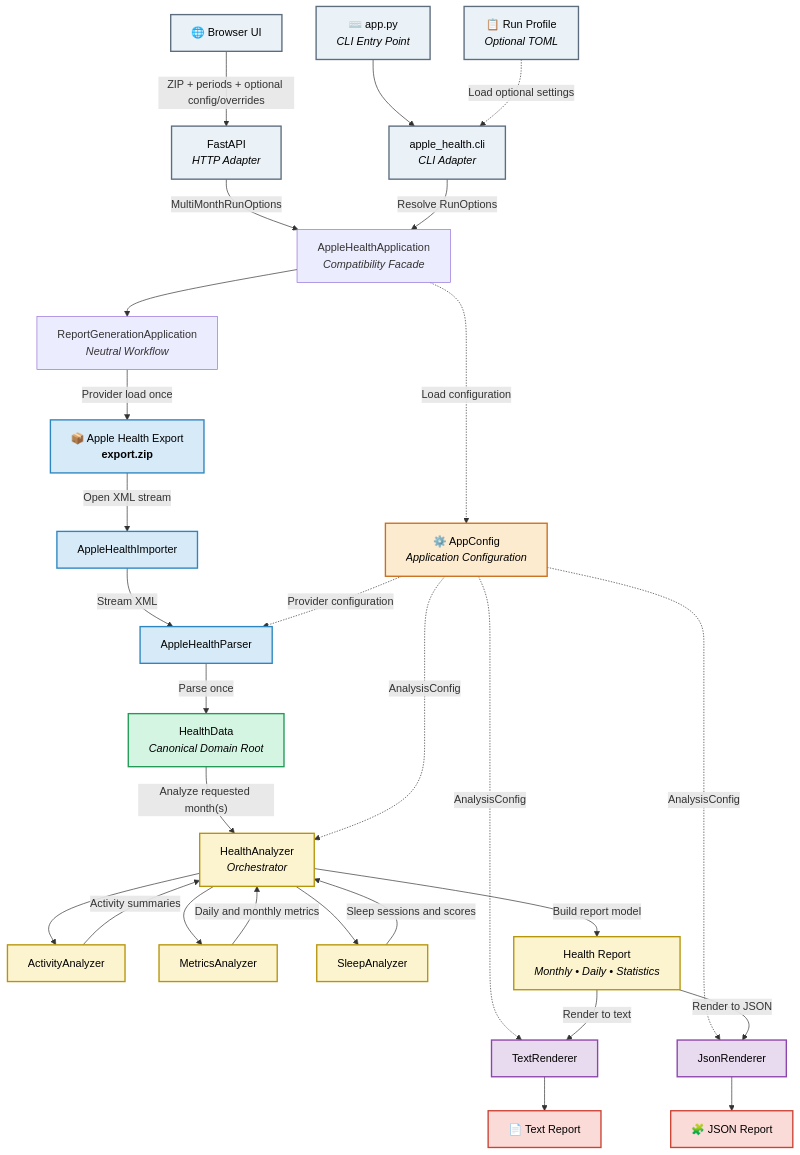
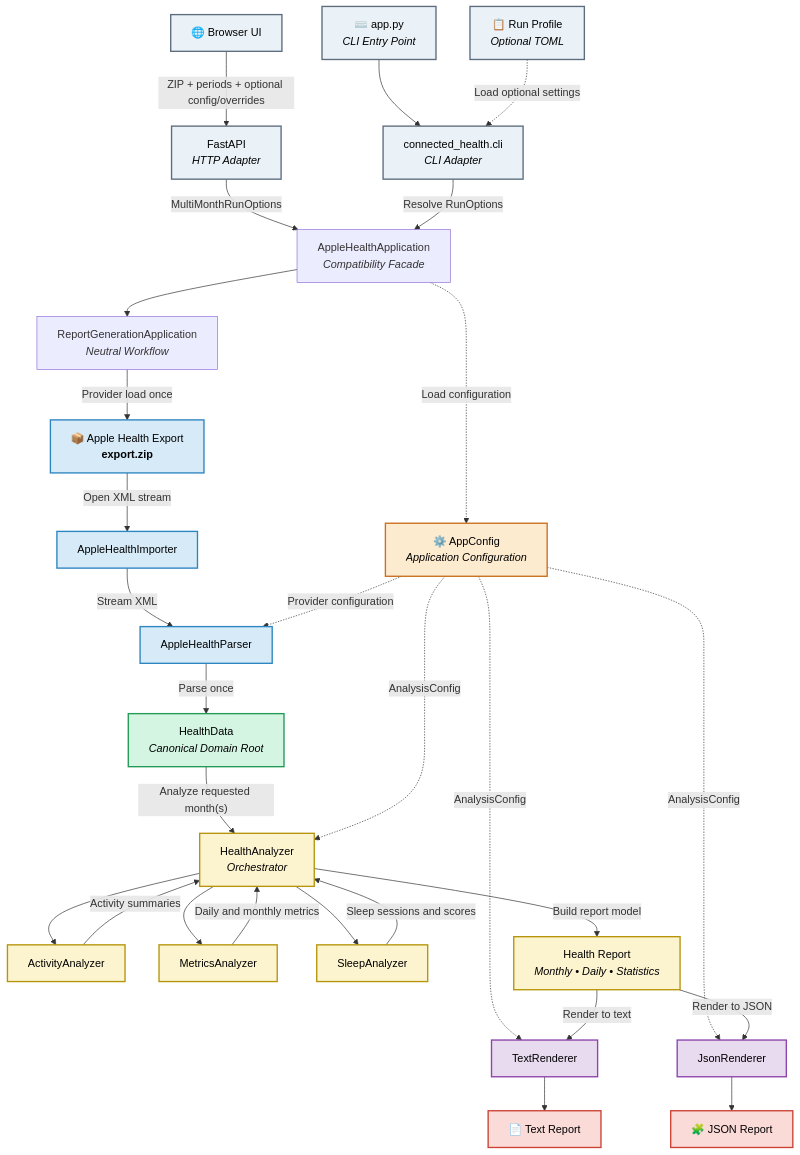
The first of 4 diagrams in README.md (MateuszMocarski/AppleHealthMonitorAnalyzer), drawn with Mermaid before and after one commit. The commit also changed other lines of this file and 151 other files, not shown here.

Commit message:
PRE6.2-02 Rename root namespace to connected_health

````diff
--- a/README.md
+++ b/README.md
@@ -512,76 +512,76 @@
 ```mermaid
 flowchart TD
 
     WEB["🌐 Browser UI"]
     API["FastAPI<br/><i>HTTP Adapter</i>"]
     ENTRY["⌨️ app.py<br/><i>CLI Entry Point</i>"]
-    CLI["apple_health.cli<br/><i>CLI Adapter</i>"]
+    CLI["connected_health.cli<br/><i>CLI Adapter</i>"]
     PROFILE["📋 Run Profile<br/><i>Optional TOML</i>"]
     APP["AppleHealthApplication<br/><i>Compatibility Facade</i>"]
     FLOW["ReportGenerationApplication<br/><i>Neutral Workflow</i>"]
     A["📦 Apple Health Export<br/><b>export.zip</b>"]
     CFG["⚙️ AppConfig<br/><i>Application Configuration</i>"]
 
     B["AppleHealthImporter"]
     C["AppleHealthParser"]
     D["HealthData<br/><i>Canonical Domain Root</i>"]
 
     E["HealthAnalyzer<br/><i>Orchestrator</i>"]
     EA["ActivityAnalyzer"]
     EM["MetricsAnalyzer"]
     ES["SleepAnalyzer"]
 
     F["Health Report<br/><i>Monthly • Daily • Statistics</i>"]
     G["TextRenderer"]
     GJ["JsonRenderer"]
     H["📄 Text Report"]
     HJ["🧩 JSON Report"]
 
     WEB -->|"ZIP + periods + optional config/overrides"| API
     API -->|"MultiMonthRunOptions"| APP
     ENTRY --> CLI
     PROFILE -.->|"Load optional settings"| CLI
     CLI -->|"Resolve RunOptions"| APP
     APP --> FLOW
     FLOW -->|"Provider load once"| A
     APP -.->|"Load configuration"| CFG
     A -->|"Open XML stream"| B
     B -->|"Stream XML"| C
     C -->|"Parse once"| D
     D -->|"Analyze requested month(s)"| E
 
     CFG -.->|"Provider configuration"| C
     CFG -.->|"AnalysisConfig"| E
     CFG -.->|"AnalysisConfig"| G
     CFG -.->|"AnalysisConfig"| GJ
 
     E --> EA
     E --> EM
     E --> ES
 
     EA -->|"Activity summaries"| E
     EM -->|"Daily and monthly metrics"| E
     ES -->|"Sleep sessions and scores"| E
 
     E -->|"Build report model"| F
     F -->|"Render to text"| G
     F -->|"Render to JSON"| GJ
     G --> H
     GJ --> HJ
 
     classDef adapter fill:#EAF2F8,stroke:#5D6D7E,color:#000,stroke-width:2px;
     classDef import fill:#D6EAF8,stroke:#2E86C1,color:#000,stroke-width:2px;
     classDef config fill:#FDEBD0,stroke:#CA6F1E,color:#000,stroke-width:2px;
     classDef domain fill:#D5F5E3,stroke:#239B56,color:#000,stroke-width:2px;
     classDef analysis fill:#FCF3CF,stroke:#B7950B,color:#000,stroke-width:2px;
     classDef presentation fill:#E8DAEF,stroke:#8E44AD,color:#000,stroke-width:2px;
     classDef output fill:#FADBD8,stroke:#CB4335,color:#000,stroke-width:2px;
 
     class WEB,API,ENTRY,CLI,PROFILE adapter;
     class A,B,C import;
     class CFG config;
     class D domain;
     class E,EA,EM,ES,F analysis;
     class G,GJ presentation;
     class H,HJ output;
 ```
````
